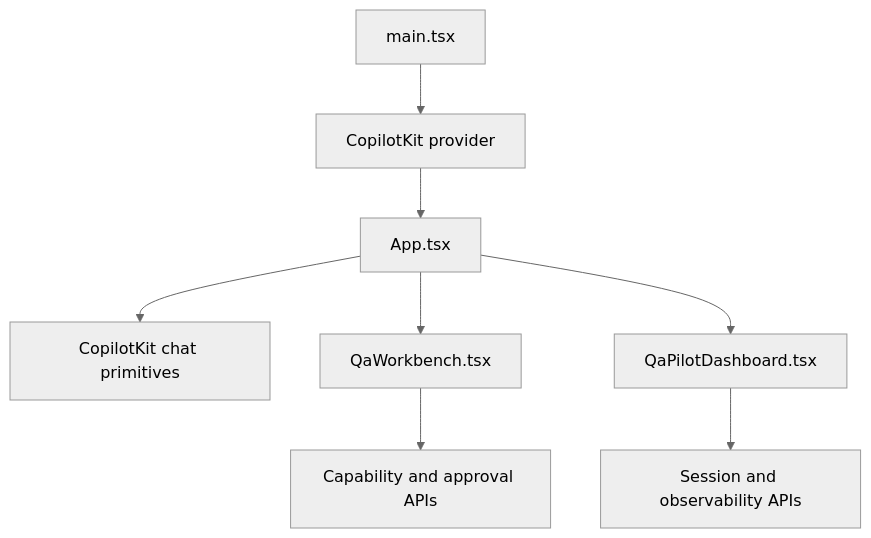
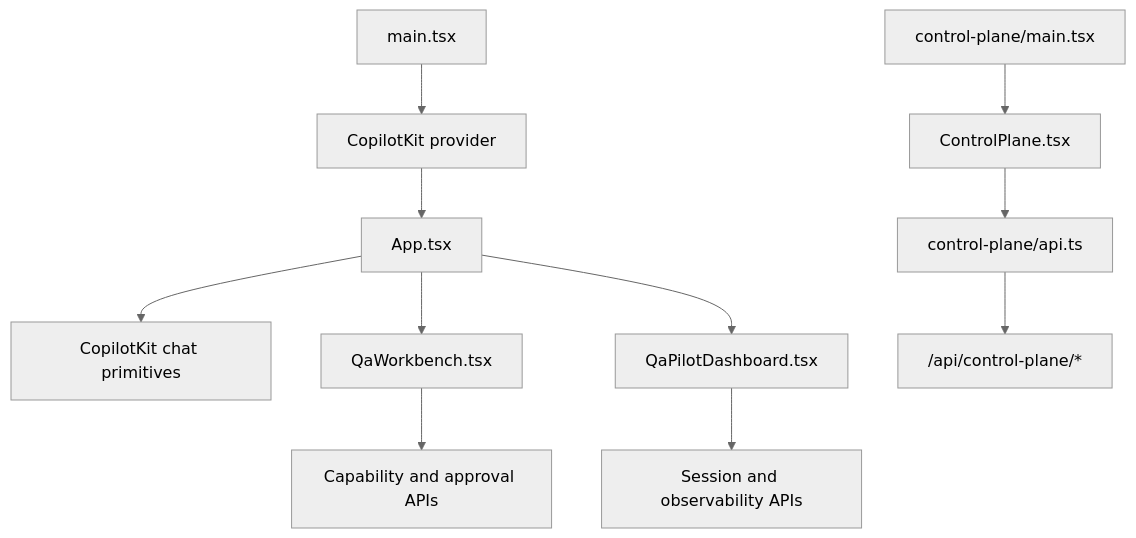
One commit to AnkitParekh007/bm-agents-world changed the diagram in docs/frontend/components.md. Above: the diagram before and after it, drawn with Mermaid (neutral theme). The commit also changed other lines of this file and 8 other files, not shown here.

First line of the commit message:
Document the control plane and the second governed vertical (#31)

````diff
--- a/docs/frontend/components.md
+++ b/docs/frontend/components.md
@@ -7,10 +7,14 @@
 ```mermaid
 flowchart TD
   MAIN[main.tsx] --> PROVIDER[CopilotKit provider]
   PROVIDER --> APP[App.tsx]
   APP --> CHAT[CopilotKit chat primitives]
   APP --> WORKBENCH[QaWorkbench.tsx]
   APP --> DASHBOARD[QaPilotDashboard.tsx]
   WORKBENCH --> ACTIONS[Capability and approval APIs]
   DASHBOARD --> METRICS[Session and observability APIs]
+
+  CPMAIN["control-plane/main.tsx"] --> CONSOLE[ControlPlane.tsx]
+  CONSOLE --> CPAPI["control-plane/api.ts"]
+  CPAPI --> CPROUTES["/api/control-plane/*"]
 ```
````
